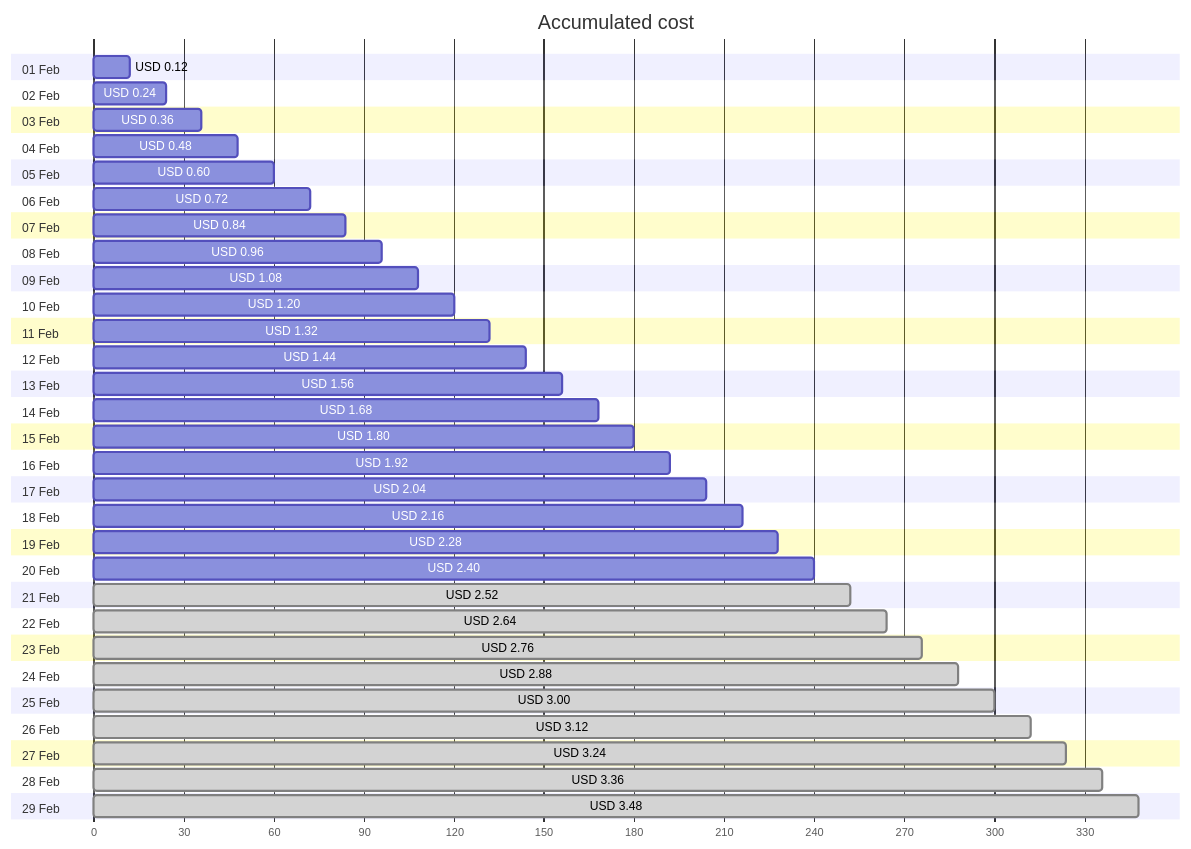
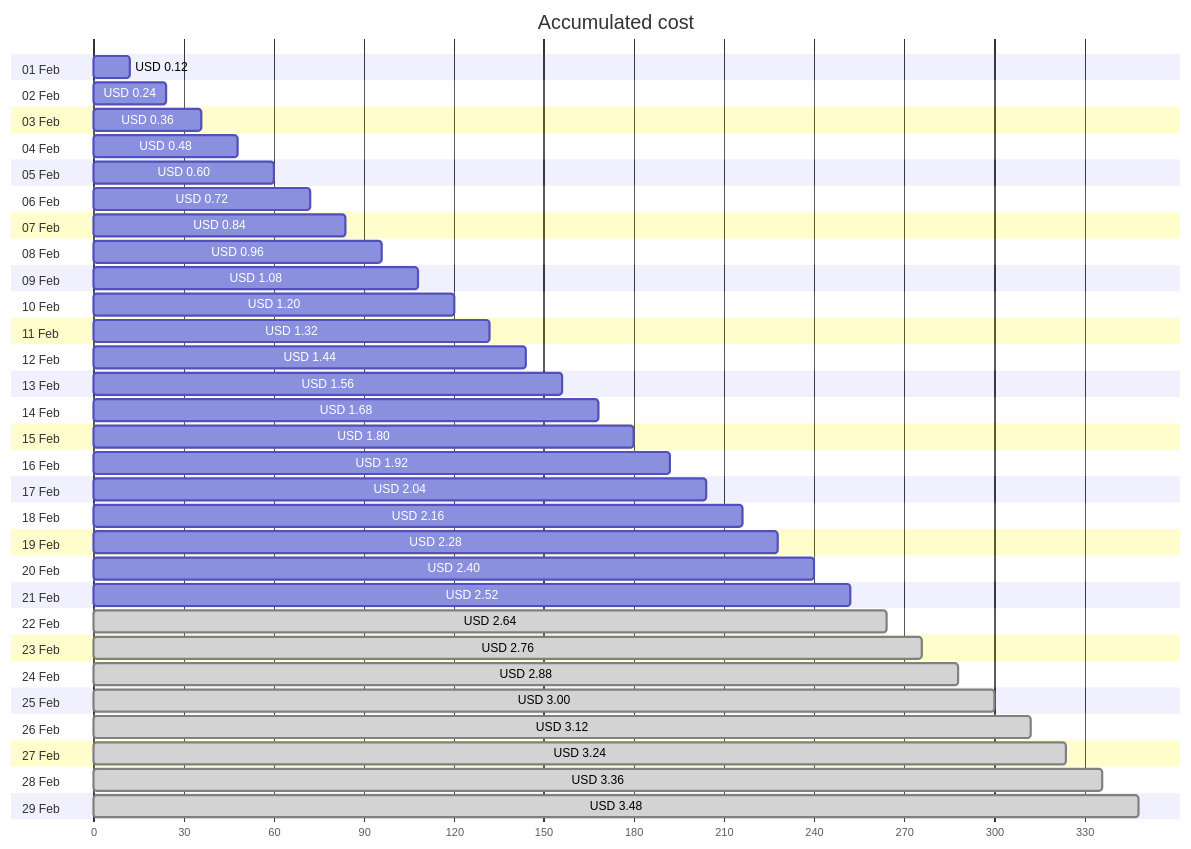
One commit to jpfulton/azure-personal-reports changed the first of 4 diagrams in cost-reports/personal-network/backup-server-public-ip.md. Above: the diagram before and after it, drawn with Mermaid. The commit also changed other lines of this file and 8 other files, not shown here.

````diff
--- a/cost-reports/personal-network/backup-server-public-ip.md
+++ b/cost-reports/personal-network/backup-server-public-ip.md
@@ -20,64 +20,64 @@
 ```mermaid
 gantt
    title Accumulated cost
    dateFormat  X
    axisFormat %s
    section 01 Feb
    USD 0.12 :0, 12
    section 02 Feb
    USD 0.24 :0, 24
    section 03 Feb
    USD 0.36 :0, 36
    section 04 Feb
    USD 0.48 :0, 48
    section 05 Feb
    USD 0.60 :0, 60
    section 06 Feb
    USD 0.72 :0, 72
    section 07 Feb
    USD 0.84 :0, 84
    section 08 Feb
    USD 0.96 :0, 96
    section 09 Feb
    USD 1.08 :0, 108
    section 10 Feb
    USD 1.20 :0, 120
    section 11 Feb
    USD 1.32 :0, 132
    section 12 Feb
    USD 1.44 :0, 144
    section 13 Feb
    USD 1.56 :0, 156
    section 14 Feb
    USD 1.68 :0, 168
    section 15 Feb
    USD 1.80 :0, 180
    section 16 Feb
    USD 1.92 :0, 192
    section 17 Feb
    USD 2.04 :0, 204
    section 18 Feb
    USD 2.16 :0, 216
    section 19 Feb
    USD 2.28 :0, 228
    section 20 Feb
    USD 2.40 :0, 240
    section 21 Feb
-   USD 2.52 : done, 0, 252
+   USD 2.52 :0, 252
    section 22 Feb
    USD 2.64 : done, 0, 264
    section 23 Feb
    USD 2.76 : done, 0, 276
    section 24 Feb
    USD 2.88 : done, 0, 288
    section 25 Feb
    USD 3.00 : done, 0, 300
    section 26 Feb
    USD 3.12 : done, 0, 312
    section 27 Feb
    USD 3.24 : done, 0, 324
    section 28 Feb
    USD 3.36 : done, 0, 336
    section 29 Feb
    USD 3.48 : done, 0, 348
 ```
````
